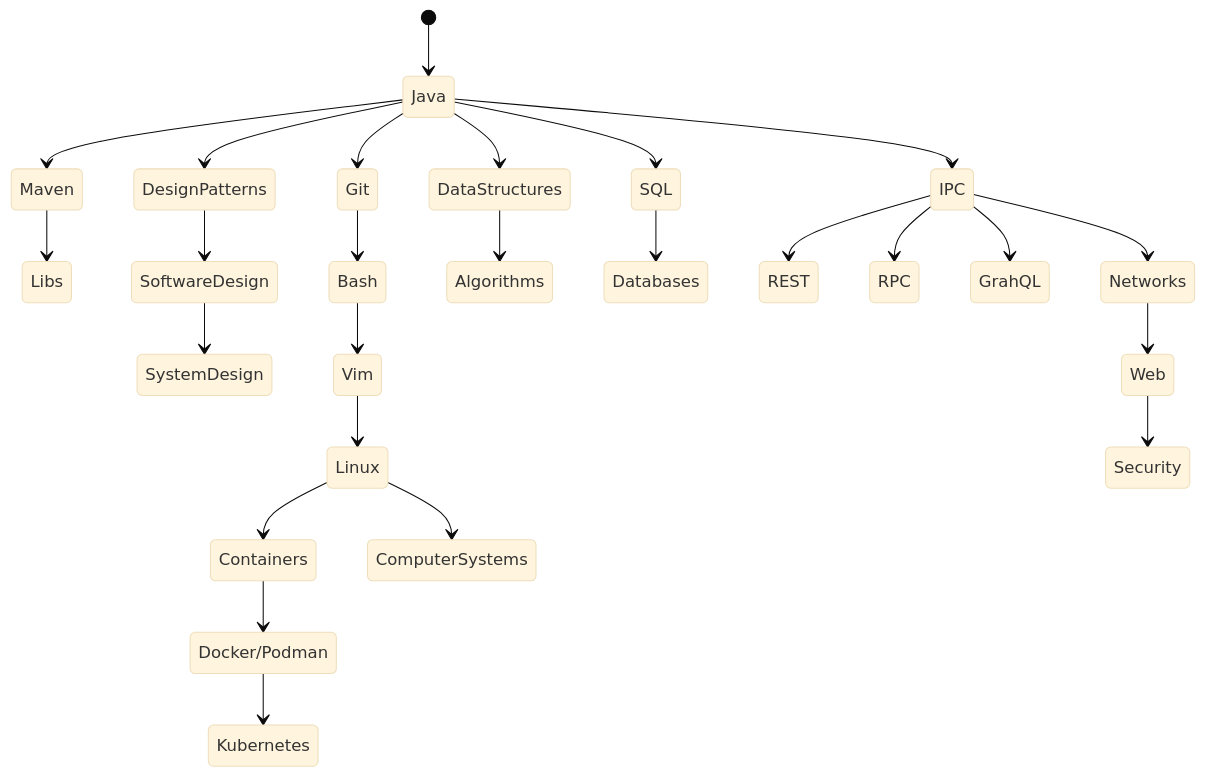
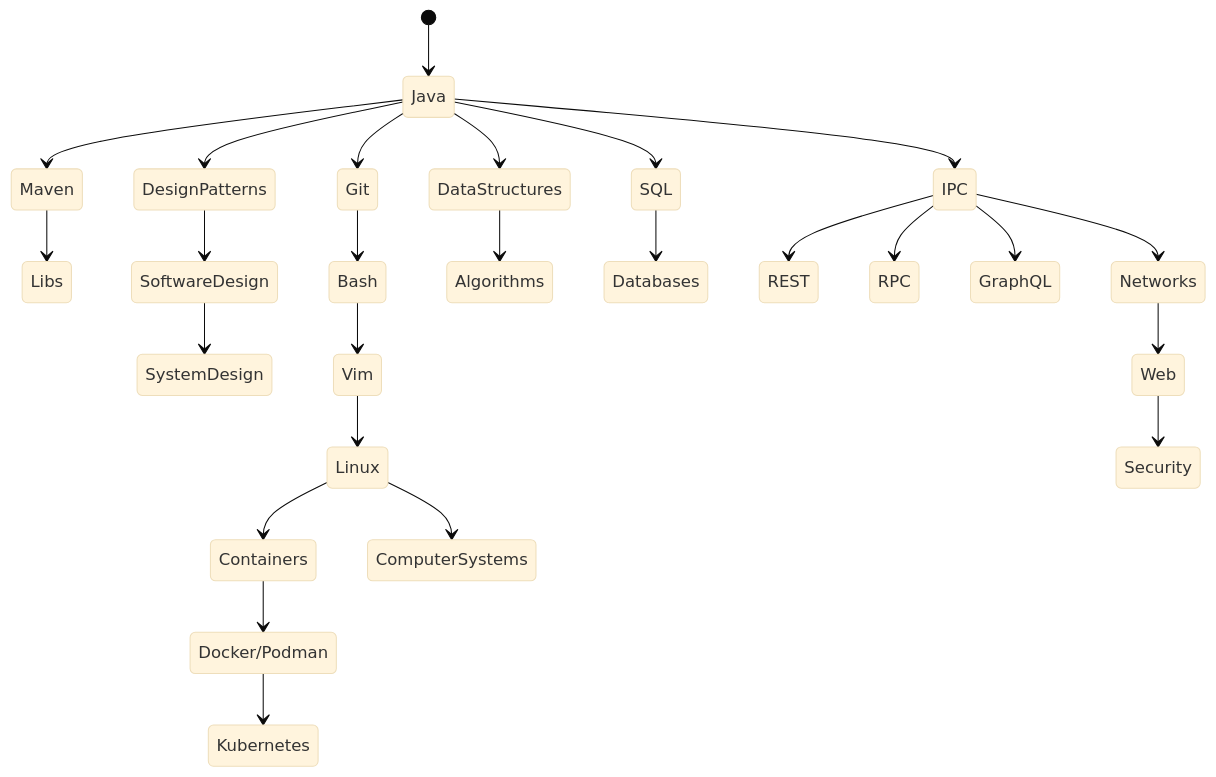
One commit to giulianopz/programming changed the diagram in README.md. Above: the diagram before and after it, drawn with Mermaid (base theme).

````diff
--- a/README.md
+++ b/README.md
@@ -7,33 +7,33 @@
 ```mermaid
 stateDiagram-v2
     [*] --> Java
     Java --> Maven
     Maven --> Libs
 
     Java --> DesignPatterns
     DesignPatterns --> SoftwareDesign
     SoftwareDesign --> SystemDesign
     Java --> Git
     Git --> Bash
     Bash --> Vim
     Vim --> Linux
     Linux --> Containers
     Containers --> Docker/Podman
     Docker/Podman --> Kubernetes
     Linux --> ComputerSystems
 
     Java --> DataStructures
     DataStructures --> Algorithms
 
     Java --> SQL
     SQL --> Databases
 
     Java --> IPC
     IPC --> REST
 
     IPC --> RPC
-    IPC --> GrahQL
+    IPC --> GraphQL
     IPC --> Networks
     Networks --> Web
     Web --> Security
 ```
````
